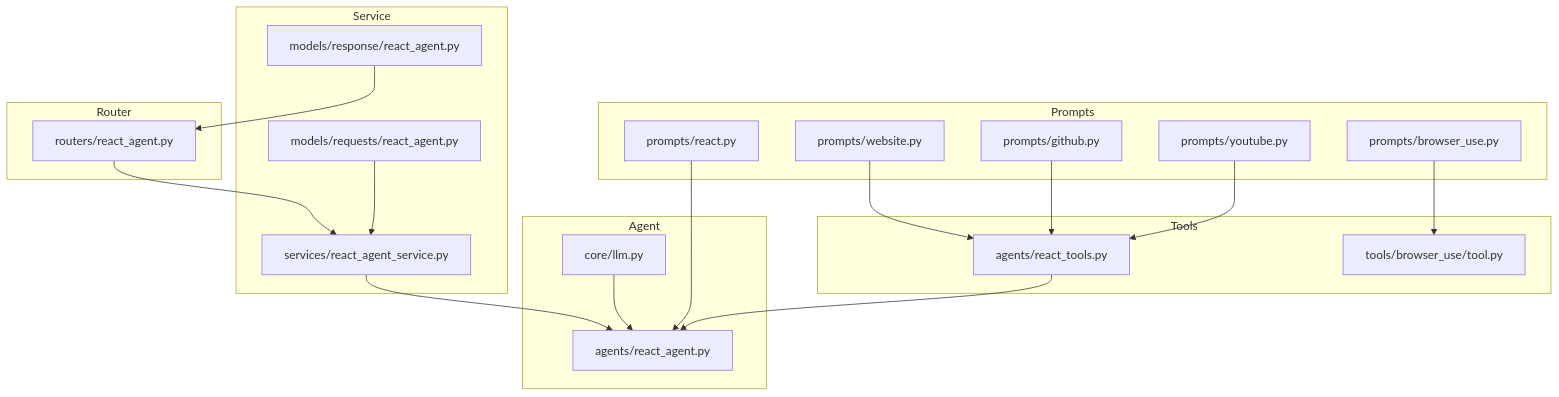
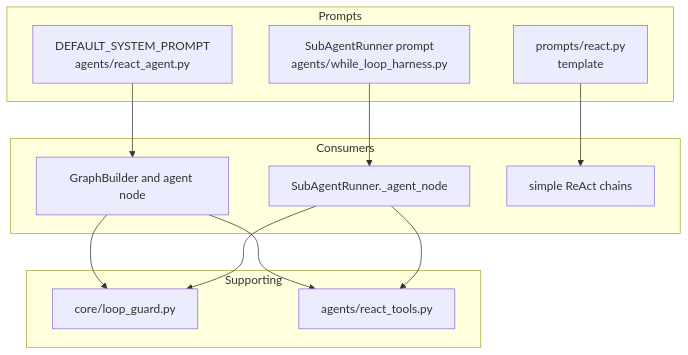
The first of 6 diagrams in src/data/docs/agentic-browser/Prompts and Prompt Engineering/React Agent Prompts.md (tashifkhan/tashif.codes), drawn with Mermaid before and after one commit. The commit also changed other lines of this file and 114 other files, not shown here.

````diff
--- a/src/data/docs/agentic-browser/Prompts and Prompt Engineering/React Agent Prompts.md
+++ b/src/data/docs/agentic-browser/Prompts and Prompt Engineering/React Agent Prompts.md
@@ -14,37 +16,24 @@
 ```mermaid
 graph TB
-subgraph "Prompts"
-PR["prompts/react.py"]
-PW["prompts/website.py"]
-PG["prompts/github.py"]
-PY["prompts/youtube.py"]
-PB["prompts/browser_use.py"]
-end
-subgraph "Tools"
-TR["agents/react_tools.py"]
-TB["tools/browser_use/tool.py"]
-end
-subgraph "Agent"
-RA["agents/react_agent.py"]
-LL["core/llm.py"]
-end
-subgraph "Service"
-RS["services/react_agent_service.py"]
-MR["models/requests/react_agent.py"]
-MR2["models/response/react_agent.py"]
-end
-subgraph "Router"
-RR["routers/react_agent.py"]
-end
-PR --> RA
-PW --> TR
-PG --> TR
-PY --> TR
-PB --> TB
-TR --> RA
-LL --> RA
-RS --> RA
-RR --> RS
-MR --> RS
-MR2 --> RR
+  subgraph Prompts
+    RP["prompts/react.py<br/>template"]
+    DP["DEFAULT_SYSTEM_PROMPT<br/>agents/react_agent.py"]
+    SP["SubAgentRunner prompt<br/>agents/while_loop_harness.py"]
+  end
+  subgraph Consumers
+    RA["GraphBuilder and agent node"]
+    SUB["SubAgentRunner._agent_node"]
+    CH["simple ReAct chains"]
+  end
+  subgraph Supporting
+    GUARD["core/loop_guard.py"]
+    TOOLS["agents/react_tools.py"]
+  end
+  DP --> RA
+  RP --> CH
+  SP --> SUB
+  RA --> GUARD
+  RA --> TOOLS
+  SUB --> GUARD
+  SUB --> TOOLS
 ```
````
